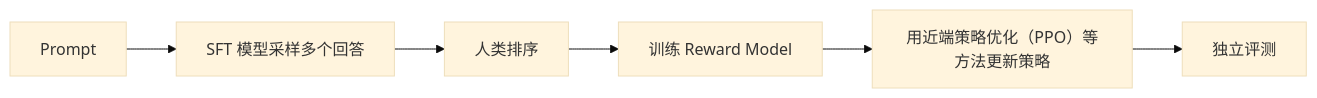
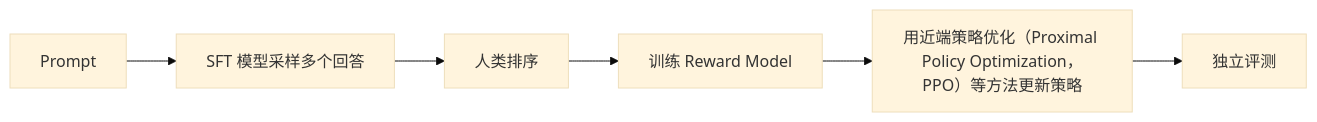
Before and after one commit to xizheyin/hft-book-rs: the first of 2 diagrams in books/ai/src/llm/training_and_alignment.md, drawn with Mermaid (base theme). The commit also changed other lines of this file and 64 other files, not shown here.

````diff
--- a/books/ai/src/llm/training_and_alignment.md
+++ b/books/ai/src/llm/training_and_alignment.md
@@ -89,8 +91,8 @@
 ```mermaid
 flowchart LR
     P["Prompt"] --> S["SFT 模型采样多个回答"]
     S --> H["人类排序"]
     H --> R["训练 Reward Model"]
-    R --> RL["用近端策略优化（PPO）等方法更新策略"]
+    R --> RL["用近端策略优化（Proximal Policy Optimization，PPO）等方法更新策略"]
     RL --> E["独立评测"]
 ```
````
